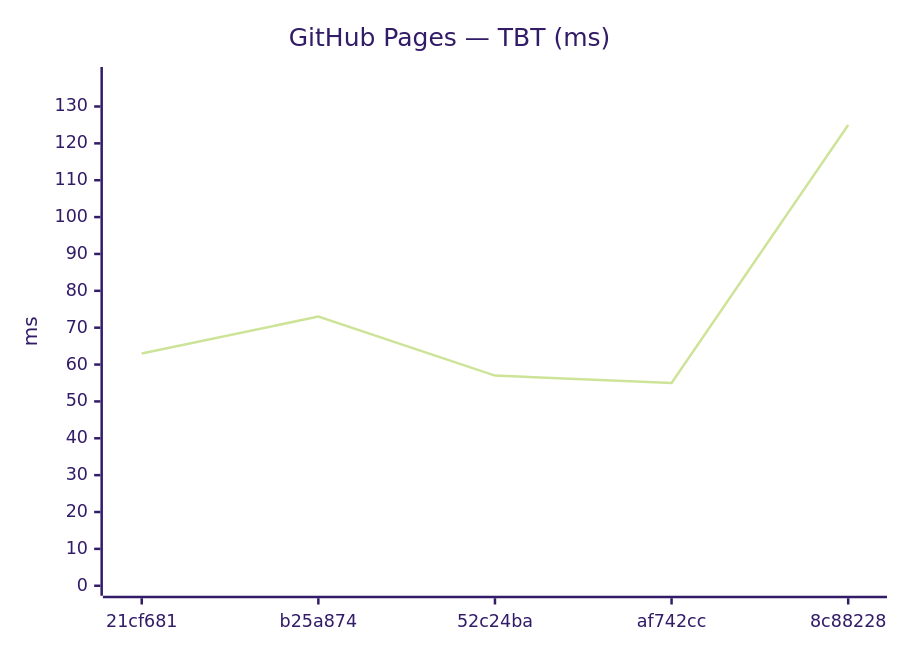
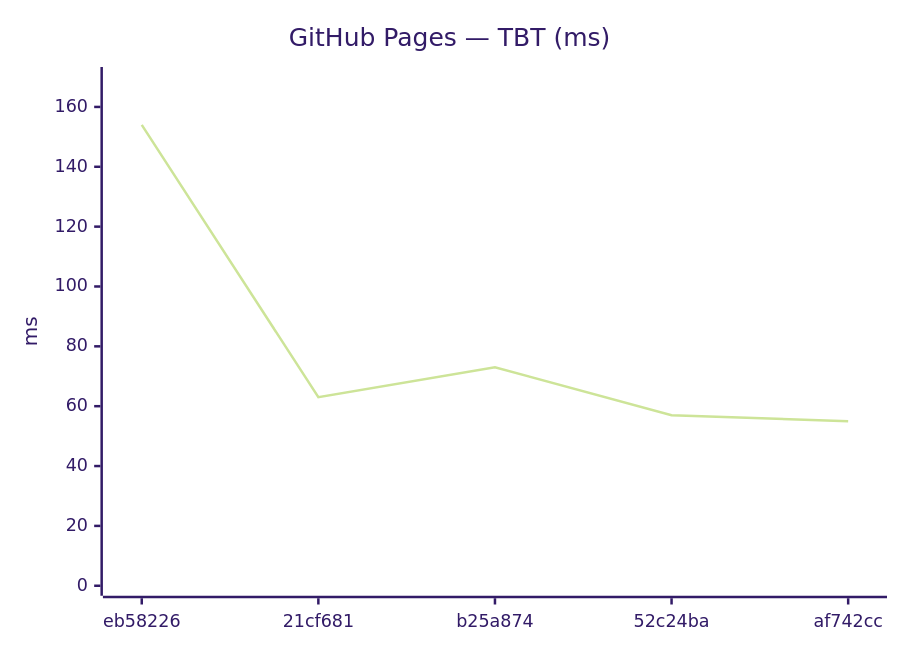
The tenth of 18 diagrams in benchmarks/compare.md (Metaheurist/Rianell), drawn with Mermaid (forest theme) before and after one commit. The commit also changed other lines of this file and 11 other files, not shown here.

````diff
--- a/benchmarks/compare.md
+++ b/benchmarks/compare.md
@@ -149,7 +149,7 @@
 ```mermaid
 xychart-beta
     title "GitHub Pages — TBT (ms)"
-    x-axis ["21cf681", "b25a874", "52c24ba", "af742cc", "8c88228"]
-    y-axis "ms" 0 --> 138
-    line [63, 73, 57, 55, 125]
+    x-axis ["eb58226", "21cf681", "b25a874", "52c24ba", "af742cc"]
+    y-axis "ms" 0 --> 170
+    line [154, 63, 73, 57, 55]
 ```
````
